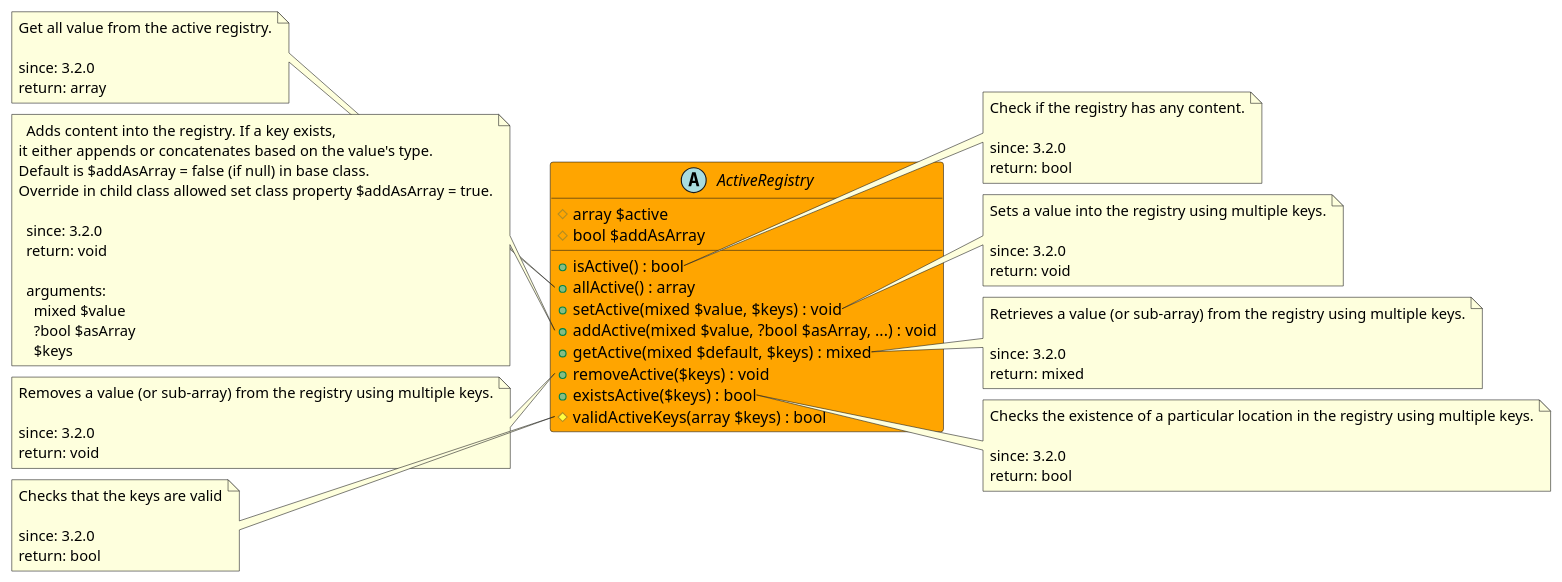
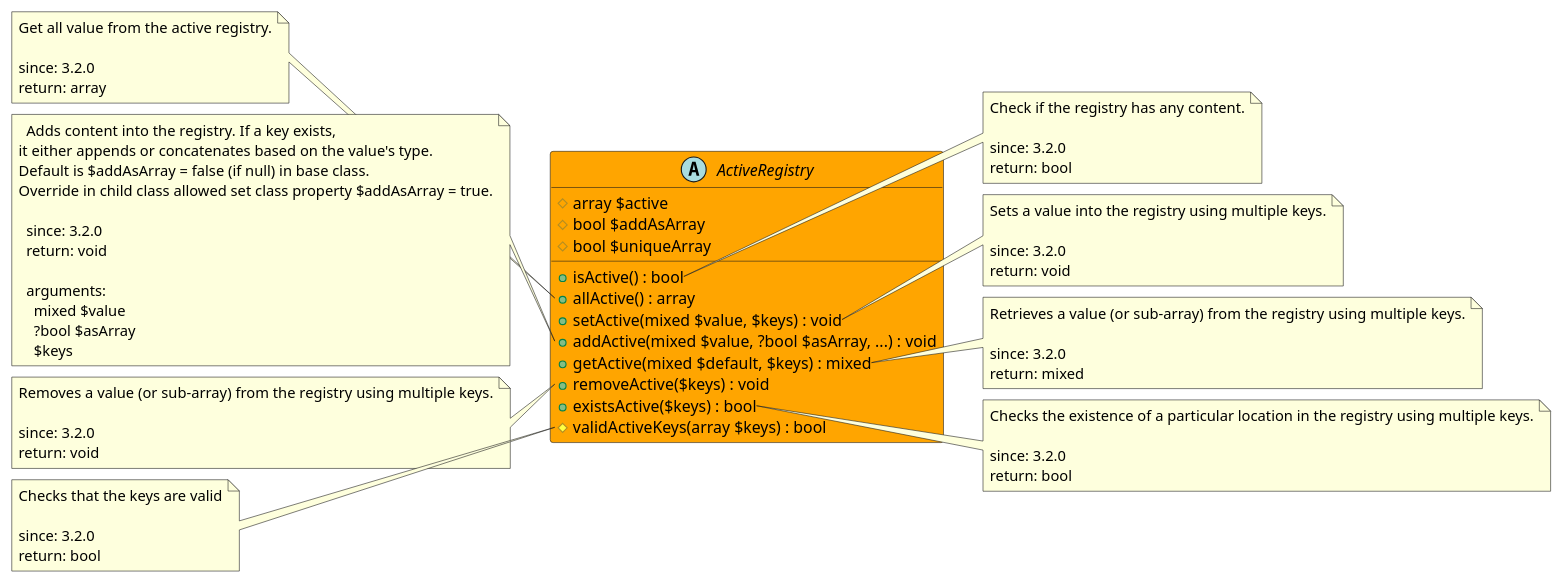
One commit to joomengine/super-powers changed the diagram in src/43134867-5cb8-4280-9be8-309fd2fd135f/README.md. Above: the diagram before and after it, drawn with PlantUML. The commit also changed 7 other files, not shown here.

````diff
--- a/src/43134867-5cb8-4280-9be8-309fd2fd135f/README.md
+++ b/src/43134867-5cb8-4280-9be8-309fd2fd135f/README.md
@@ -11,81 +11,82 @@
 ```uml
 @startuml
 abstract ActiveRegistry  #Orange {
   # array $active
   # bool $addAsArray
+  # bool $uniqueArray
   + isActive() : bool
   + allActive() : array
   + setActive(mixed $value, $keys) : void
   + addActive(mixed $value, ?bool $asArray, ...) : void
   + getActive(mixed $default, $keys) : mixed
   + removeActive($keys) : void
   + existsActive($keys) : bool
   # validActiveKeys(array $keys) : bool
 }
 
 note right of ActiveRegistry::isActive
   Check if the registry has any content.
 
   since: 3.2.0
   return: bool
 end note
 
 note left of ActiveRegistry::allActive
   Get all value from the active registry.
 
   since: 3.2.0
   return: array
 end note
 
 note right of ActiveRegistry::setActive
   Sets a value into the registry using multiple keys.
 
   since: 3.2.0
   return: void
 end note
 
 note left of ActiveRegistry::addActive
   Adds content into the registry. If a key exists,
 it either appends or concatenates based on the value's type.
 Default is $addAsArray = false (if null) in base class.
 Override in child class allowed set class property $addAsArray = true.
 
   since: 3.2.0
   return: void
   
   arguments:
     mixed $value
     ?bool $asArray
     $keys
 end note
 
 note right of ActiveRegistry::getActive
   Retrieves a value (or sub-array) from the registry using multiple keys.
 
   since: 3.2.0
   return: mixed
 end note
 
 note left of ActiveRegistry::removeActive
   Removes a value (or sub-array) from the registry using multiple keys.
 
   since: 3.2.0
   return: void
 end note
 
 note right of ActiveRegistry::existsActive
   Checks the existence of a particular location in the registry using multiple keys.
 
   since: 3.2.0
   return: bool
 end note
 
 note left of ActiveRegistry::validActiveKeys
   Checks that the keys are valid
 
   since: 3.2.0
   return: bool
 end note
  
 @enduml
 ```
````
